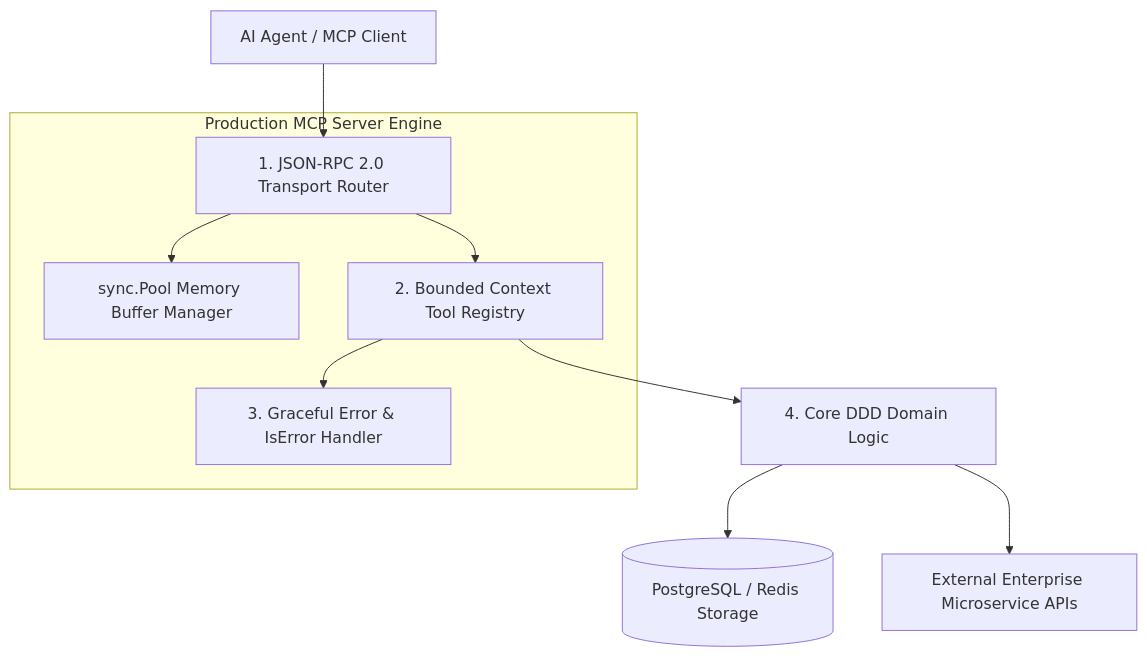
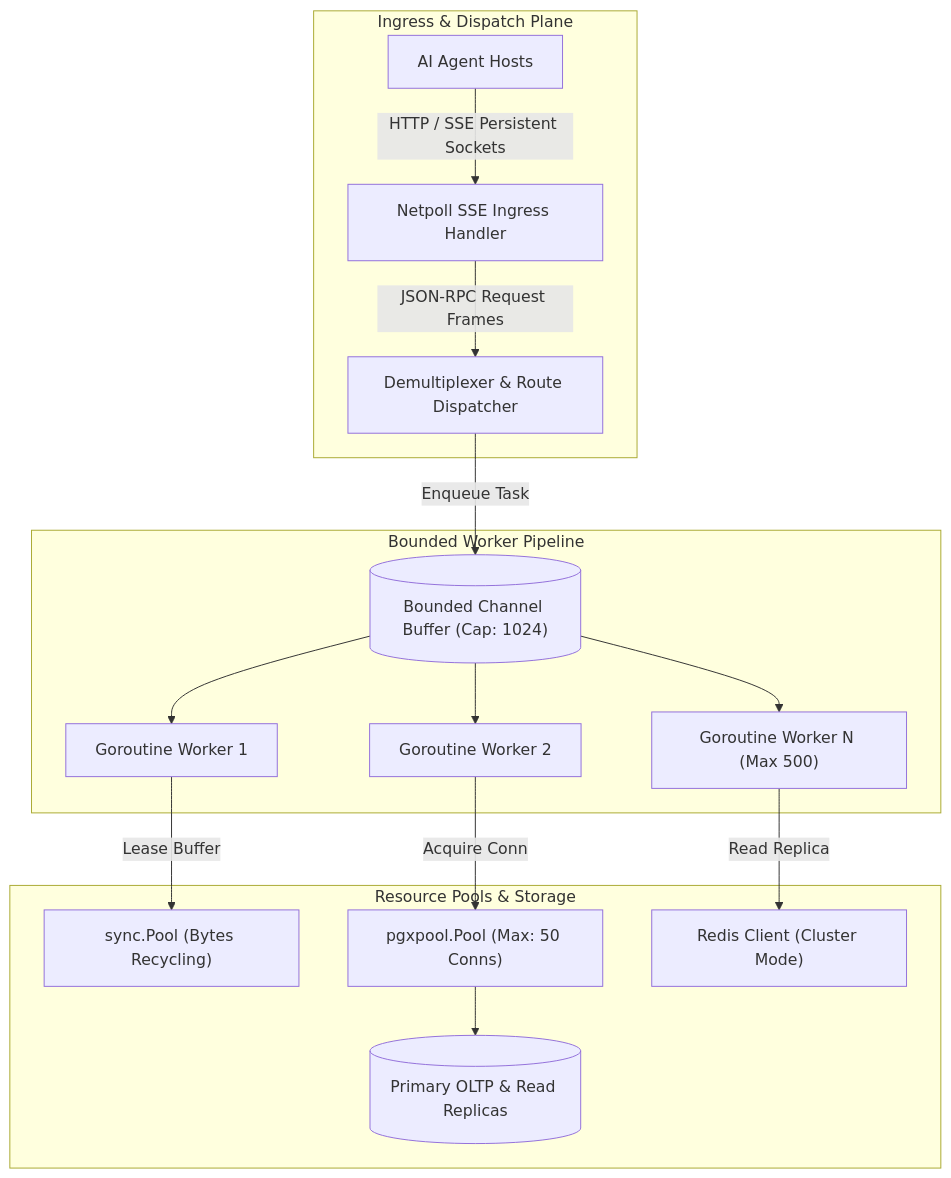
One commit to vesviet/vesviet changed the first of 4 diagrams in content/series/mcp-engineering-in-production/part-2-build.md. Above: the diagram before and after it, drawn with Mermaid. The commit also changed other lines of this file and 26 other files, not shown here.

Commit message:
feat(series): upgrade mcp-engineering-in-production series to 2027 SOTA standard

````diff
--- a/content/series/mcp-engineering-in-production/part-2-build.md
+++ b/content/series/mcp-engineering-in-production/part-2-build.md
@@ -46,14 +39,21 @@
 ```mermaid
 graph TD
-    ClientAgent["AI Agent / MCP Client"] --> JSONRPCRouter["1. JSON-RPC 2.0 Transport Router"]
-    
-    subgraph Production MCP Server Engine
-        JSONRPCRouter --> BufferPool["sync.Pool Memory Buffer Manager"]
-        JSONRPCRouter --> ToolRegistry["2. Bounded Context Tool Registry"]
-        ToolRegistry --> ErrorHandler["3. Graceful Error & IsError Handler"]
+    subgraph Ingress & Dispatch Plane
+        Client["AI Agent Hosts"] -->|"HTTP / SSE Persistent Sockets"| Ingress["Netpoll SSE Ingress Handler"]
+        Ingress -->|"JSON-RPC Request Frames"| Demux["Demultiplexer & Route Dispatcher"]
     end
 
-    ToolRegistry --> DomainService["4. Core DDD Domain Logic"]
-    DomainService --> ExternalDB[("PostgreSQL / Redis Storage")]
-    DomainService --> ExternalAPI["External Enterprise Microservice APIs"]
+    subgraph Bounded Worker Pipeline
+        Demux -->|"Enqueue Task"| Queue[("Bounded Channel Buffer (Cap: 1024)")]
+        Queue --> Worker1["Goroutine Worker 1"]
+        Queue --> Worker2["Goroutine Worker 2"]
+        Queue --> WorkerN["Goroutine Worker N (Max 500)"]
+    end
+
+    subgraph Resource Pools & Storage
+        Worker1 -->|"Lease Buffer"| BufPool["sync.Pool (Bytes Recycling)"]
+        Worker2 -->|"Acquire Conn"| DBPool["pgxpool.Pool (Max: 50 Conns)"]
+        WorkerN -->|"Read Replica"| RedisPool["Redis Client (Cluster Mode)"]
+        DBPool --> PostgreSQL[("Primary OLTP & Read Replicas")]
+    end
 ```
````
